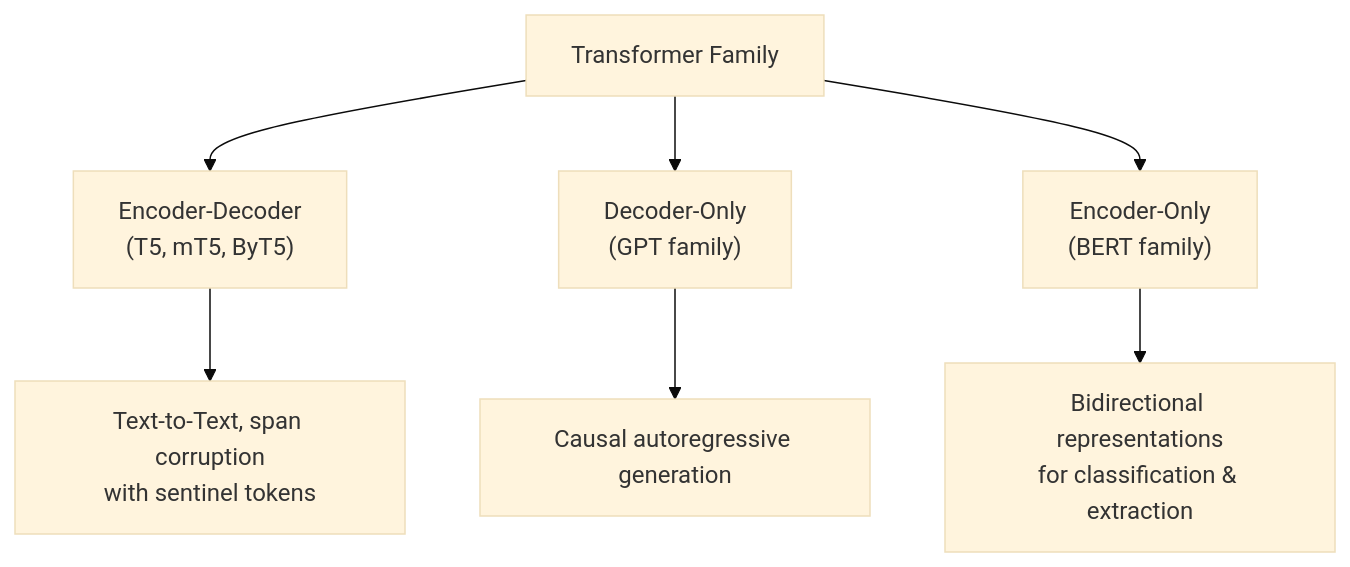
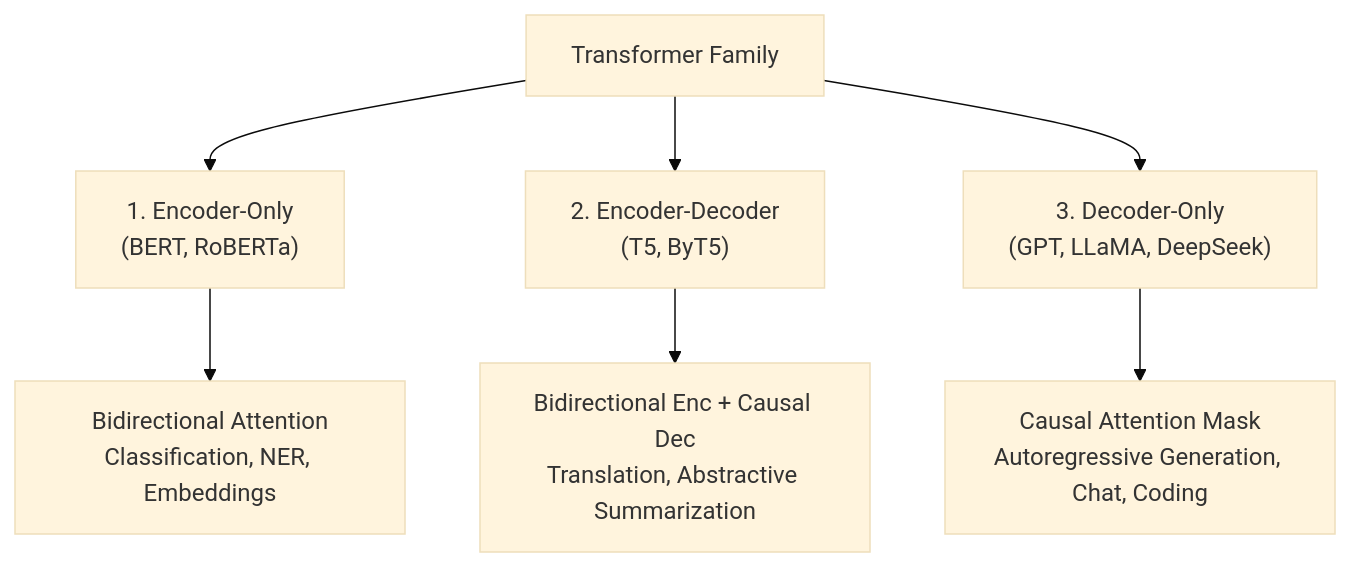
One commit to 1345AbhishekKumar/cs-cookbook changed the seventh of 8 diagrams in content/docs/ai-agents/agentic-ai/02-transformer-models-and-tricks.mdx. Above: the diagram before and after it, drawn with Mermaid (base theme). The commit also changed other lines of this file and 299 other files, not shown here.

````diff
--- a/content/docs/ai-agents/agentic-ai/02-transformer-models-and-tricks.mdx
+++ b/content/docs/ai-agents/agentic-ai/02-transformer-models-and-tricks.mdx
@@ -136,10 +276,10 @@
 ```mermaid
 flowchart TD
-    T["Transformer Family"] --> ED["Encoder-Decoder<br/>(T5, mT5, ByT5)"]
-    T --> DO["Decoder-Only<br/>(GPT family)"]
-    T --> EO["Encoder-Only<br/>(BERT family)"]
+    T["Transformer Family"] --> EO["1. Encoder-Only<br/>(BERT, RoBERTa)"]
+    T --> ED["2. Encoder-Decoder<br/>(T5, ByT5)"]
+    T --> DO["3. Decoder-Only<br/>(GPT, LLaMA, DeepSeek)"]
 
-    ED --> EDc["Text-to-Text, span corruption<br/>with sentinel tokens"]
-    DO --> DOc["Causal autoregressive generation"]
-    EO --> EOc["Bidirectional representations<br/>for classification & extraction"]
+    EO --> EOc["Bidirectional Attention<br/>Classification, NER, Embeddings"]
+    ED --> EDc["Bidirectional Enc + Causal Dec<br/>Translation, Abstractive Summarization"]
+    DO --> DOc["Causal Attention Mask<br/>Autoregressive Generation, Chat, Coding"]
 ```
````
